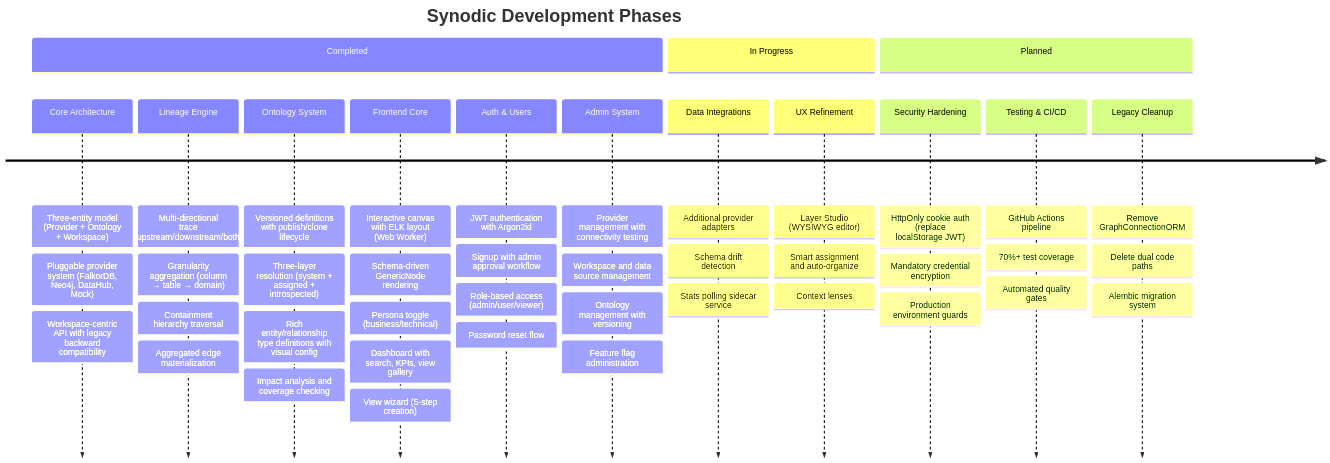
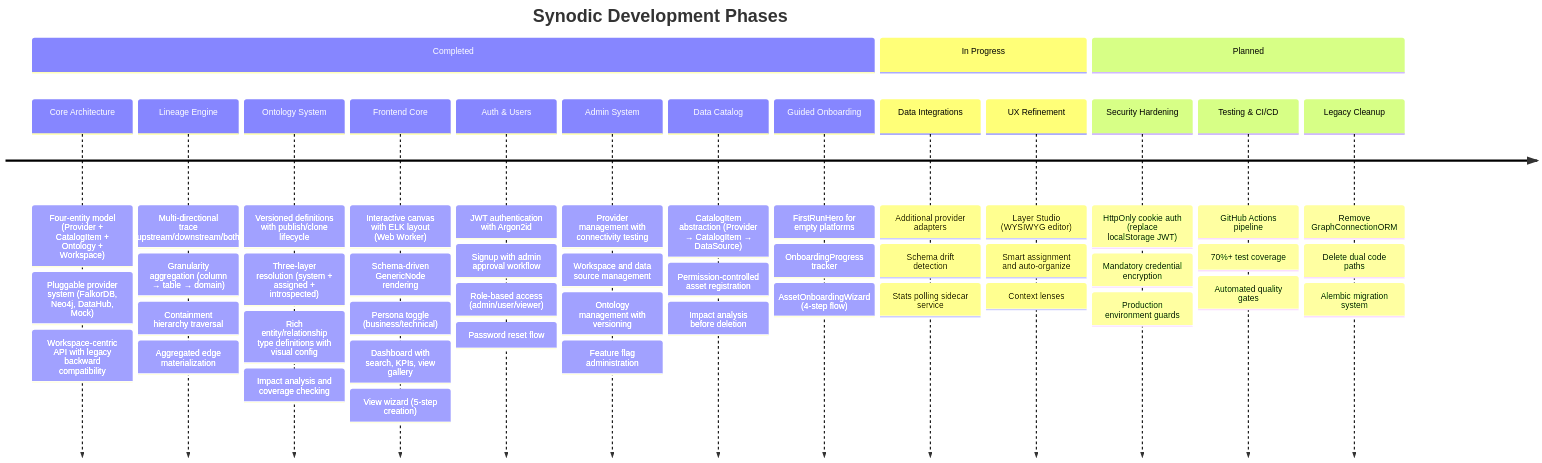
One commit to rkrumins/synodic changed the ninth of 10 diagrams in docs/OVERVIEW.md. Above: the diagram before and after it, drawn with Mermaid. The commit also changed other lines of this file and 9 other files, not shown here.

````diff
--- a/docs/OVERVIEW.md
+++ b/docs/OVERVIEW.md
@@ -327,46 +407,52 @@
 ```mermaid
 timeline
     title Synodic Development Phases
     section Completed
-        Core Architecture : Three-entity model (Provider + Ontology + Workspace)
+        Core Architecture : Four-entity model (Provider + CatalogItem + Ontology + Workspace)
                           : Pluggable provider system (FalkorDB, Neo4j, DataHub, Mock)
                           : Workspace-centric API with legacy backward compatibility
         Lineage Engine    : Multi-directional trace (upstream/downstream/both)
                           : Granularity aggregation (column → table → domain)
                           : Containment hierarchy traversal
                           : Aggregated edge materialization
         Ontology System   : Versioned definitions with publish/clone lifecycle
                           : Three-layer resolution (system + assigned + introspected)
                           : Rich entity/relationship type definitions with visual config
                           : Impact analysis and coverage checking
         Frontend Core     : Interactive canvas with ELK layout (Web Worker)
                           : Schema-driven GenericNode rendering
                           : Persona toggle (business/technical)
                           : Dashboard with search, KPIs, view gallery
                           : View wizard (5-step creation)
         Auth & Users      : JWT authentication with Argon2id
                           : Signup with admin approval workflow
                           : Role-based access (admin/user/viewer)
                           : Password reset flow
         Admin System      : Provider management with connectivity testing
                           : Workspace and data source management
                           : Ontology management with versioning
                           : Feature flag administration
+        Data Catalog      : CatalogItem abstraction (Provider → CatalogItem → DataSource)
+                          : Permission-controlled asset registration
+                          : Impact analysis before deletion
+        Guided Onboarding : FirstRunHero for empty platforms
+                          : OnboardingProgress tracker
+                          : AssetOnboardingWizard (4-step flow)
     section In Progress
         Data Integrations : Additional provider adapters
                           : Schema drift detection
                           : Stats polling sidecar service
         UX Refinement     : Layer Studio (WYSIWYG editor)
                           : Smart assignment and auto-organize
                           : Context lenses
     section Planned
         Security Hardening : HttpOnly cookie auth (replace localStorage JWT)
                            : Mandatory credential encryption
                            : Production environment guards
         Testing & CI/CD    : GitHub Actions pipeline
                            : 70%+ test coverage
                            : Automated quality gates
         Legacy Cleanup     : Remove GraphConnectionORM
                            : Delete dual code paths
                            : Alembic migration system
 ```
````
